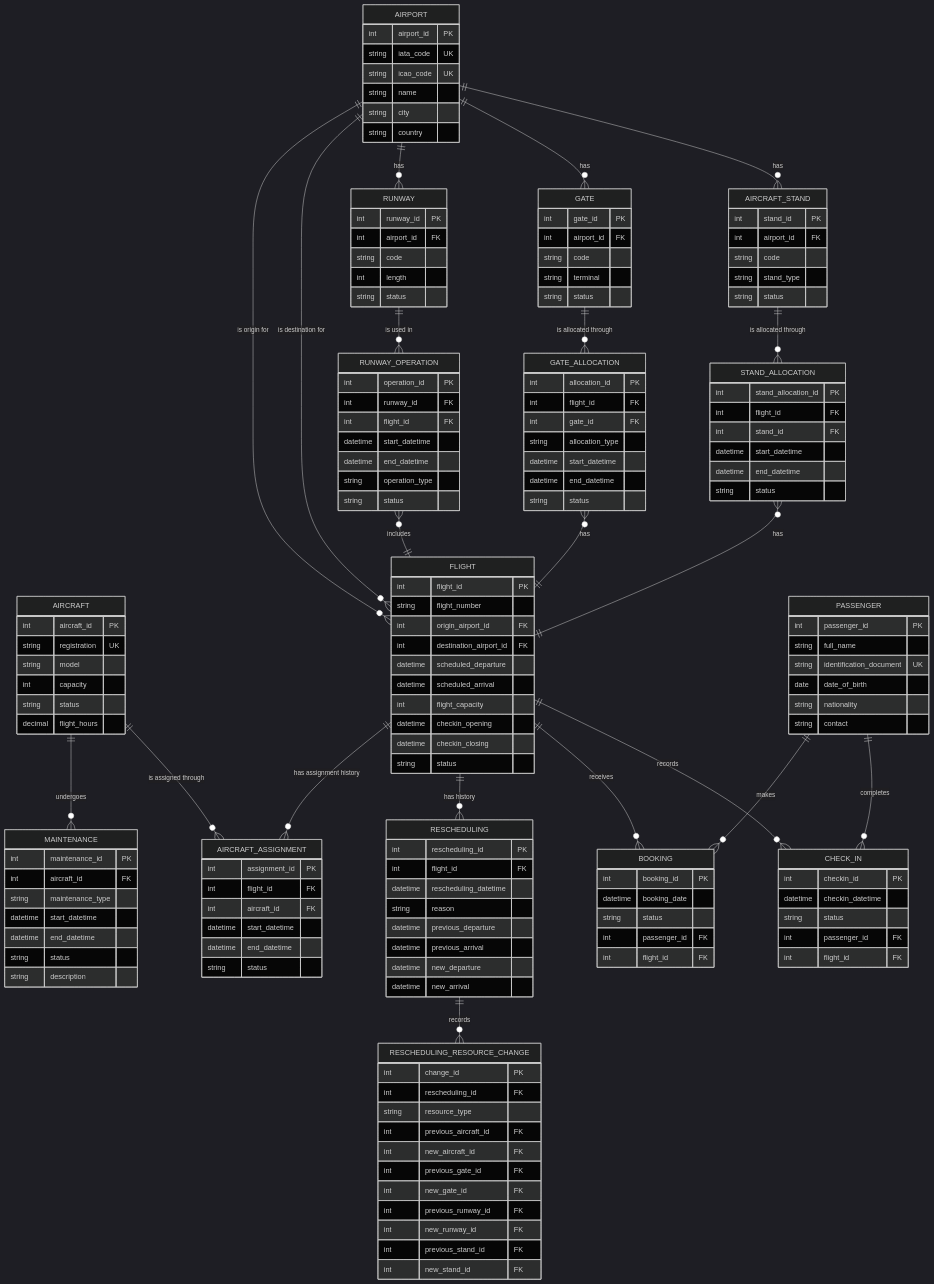
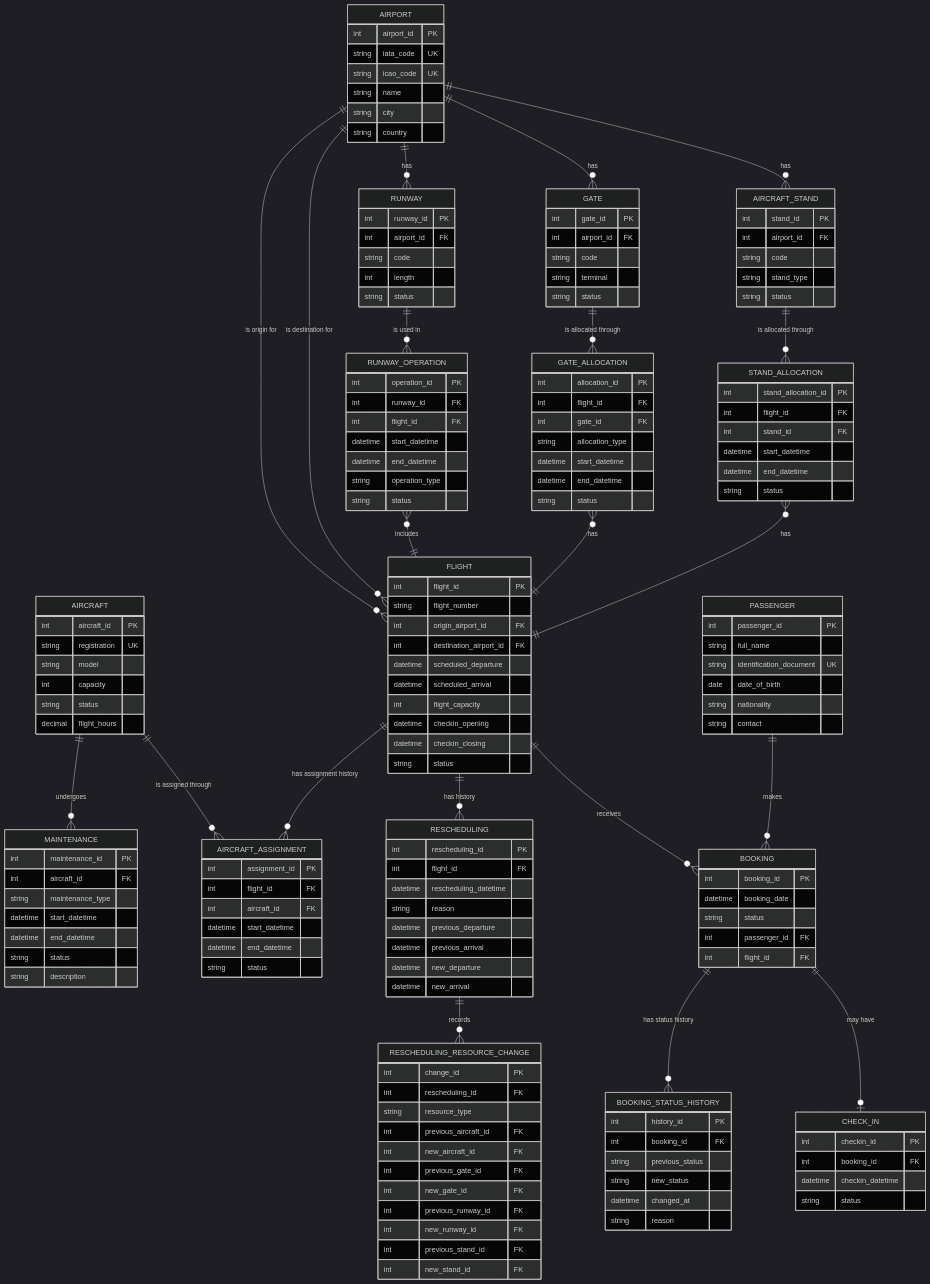
The diagram in TS_ER_Diagram.mmd (edmilsonrolas/airport-management-database), drawn with Mermaid (dark theme) before and after one commit.

Commit message:
final er diagram

```diff
--- a/TS_ER_Diagram.mmd
+++ b/TS_ER_Diagram.mmd
@@ -1,179 +1,197 @@
 
 erDiagram
     AIRPORT {
         int airport_id PK
         string iata_code UK
         string icao_code UK
         string name
         string city
         string country
     }
 
     AIRCRAFT {
         int aircraft_id PK
         string registration UK
         string model
         int capacity
         string status
         decimal flight_hours
     }
 
     FLIGHT {
         int flight_id PK
         string flight_number
         int origin_airport_id FK
         int destination_airport_id FK
         datetime scheduled_departure
         datetime scheduled_arrival
         int flight_capacity
         datetime checkin_opening
         datetime checkin_closing
         string status
     }
 
     AIRCRAFT_ASSIGNMENT {
         int assignment_id PK
         int flight_id FK
         int aircraft_id FK
         datetime start_datetime
         datetime end_datetime
         string status
     }
 
     PASSENGER {
         int passenger_id PK
         string full_name
         string identification_document UK
         date date_of_birth
         string nationality
         string contact
     }
 
     BOOKING {
         int booking_id PK
         datetime booking_date
         string status
         int passenger_id FK
         int flight_id FK
     }
 
+    BOOKING_STATUS_HISTORY {
+        int history_id PK
+        int booking_id FK
+        string previous_status
+        string new_status
+        datetime changed_at
+        string reason
+    }
+
     CHECK_IN {
         int checkin_id PK
+        int booking_id FK
         datetime checkin_datetime
         string status
-        int passenger_id FK
-        int flight_id FK
     }
 
     RUNWAY {
         int runway_id PK
         int airport_id FK
         string code
         int length
         string status
     }
 
     RUNWAY_OPERATION {
         int operation_id PK
         int runway_id FK
         int flight_id FK
         datetime start_datetime
         datetime end_datetime
         string operation_type
         string status
     }
 
     GATE {
         int gate_id PK
         int airport_id FK
         string code
         string terminal
         string status
     }
 
     GATE_ALLOCATION {
         int allocation_id PK
         int flight_id FK
         int gate_id FK
         string allocation_type
         datetime start_datetime
         datetime end_datetime
         string status
     }
 
     AIRCRAFT_STAND {
         int stand_id PK
         int airport_id FK
         string code
         string stand_type
         string status
     }
 
     STAND_ALLOCATION {
         int stand_allocation_id PK
         int flight_id FK
         int stand_id FK
         datetime start_datetime
         datetime end_datetime
         string status
     }
 
     MAINTENANCE {
         int maintenance_id PK
         int aircraft_id FK
         string maintenance_type
         datetime start_datetime
         datetime end_datetime
         string status
         string description
     }
 
     RESCHEDULING {
         int rescheduling_id PK
         int flight_id FK
         datetime rescheduling_datetime
         string reason
         datetime previous_departure
         datetime previous_arrival
         datetime new_departure
         datetime new_arrival
     }
 
     RESCHEDULING_RESOURCE_CHANGE {
         int change_id PK
         int rescheduling_id FK
         string resource_type
         int previous_aircraft_id FK
         int new_aircraft_id FK
         int previous_gate_id FK
         int new_gate_id FK
         int previous_runway_id FK
         int new_runway_id FK
         int previous_stand_id FK
         int new_stand_id FK
     }
 
     AIRPORT ||--o{ FLIGHT : "is origin for"
     AIRPORT ||--o{ FLIGHT : "is destination for"
     AIRPORT ||--o{ RUNWAY : "has"
     AIRPORT ||--o{ GATE : "has"
     AIRPORT ||--o{ AIRCRAFT_STAND : "has"
 
     FLIGHT ||--o{ AIRCRAFT_ASSIGNMENT : "has assignment history"
     AIRCRAFT ||--o{ MAINTENANCE : "undergoes"
     AIRCRAFT ||--o{ AIRCRAFT_ASSIGNMENT : "is assigned through"
 
     FLIGHT ||--o{ RESCHEDULING : "has history"
     RESCHEDULING ||--o{ RESCHEDULING_RESOURCE_CHANGE : "records"
 
     PASSENGER ||--o{ BOOKING : "makes"
     FLIGHT ||--o{ BOOKING : "receives"
-    PASSENGER ||--o{ CHECK_IN : "completes"
-    FLIGHT ||--o{ CHECK_IN : "records"
+
+    BOOKING ||--o{ BOOKING_STATUS_HISTORY : "has status history"
+    BOOKING ||--o| CHECK_IN : "may have"
 
     GATE_ALLOCATION }o--|| FLIGHT : "has"
     GATE ||--o{ GATE_ALLOCATION : "is allocated through"
+
     RUNWAY_OPERATION }o--|| FLIGHT : "includes"
     RUNWAY ||--o{ RUNWAY_OPERATION : "is used in"
+    
     STAND_ALLOCATION }o--|| FLIGHT : "has"
     AIRCRAFT_STAND ||--o{ STAND_ALLOCATION : "is allocated through"
+
+    
+%% IATA (International Air Transport Association)
+%% IATA codes are typically three-letter codes used for ticketing and baggage handling
+
+%% ICAO (International Civil Aviation Organization) unique identifiers for airports.
+%% ICAO codes are four-letter codes used for air traffic control and airline operations.
```
